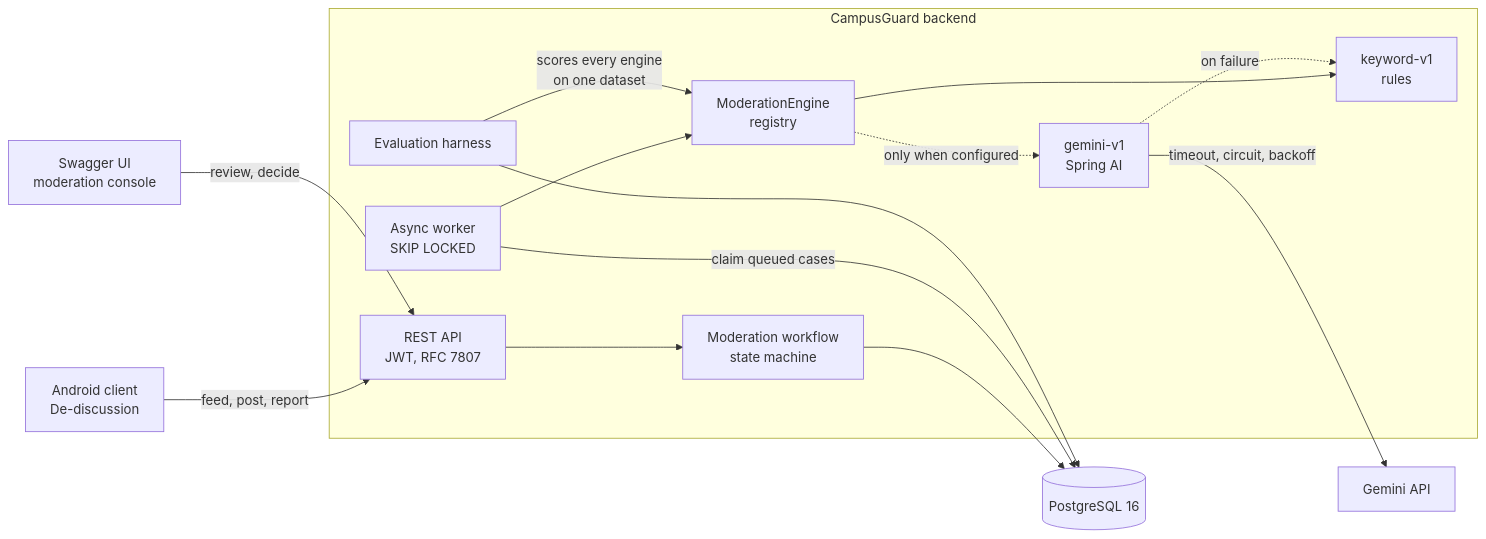
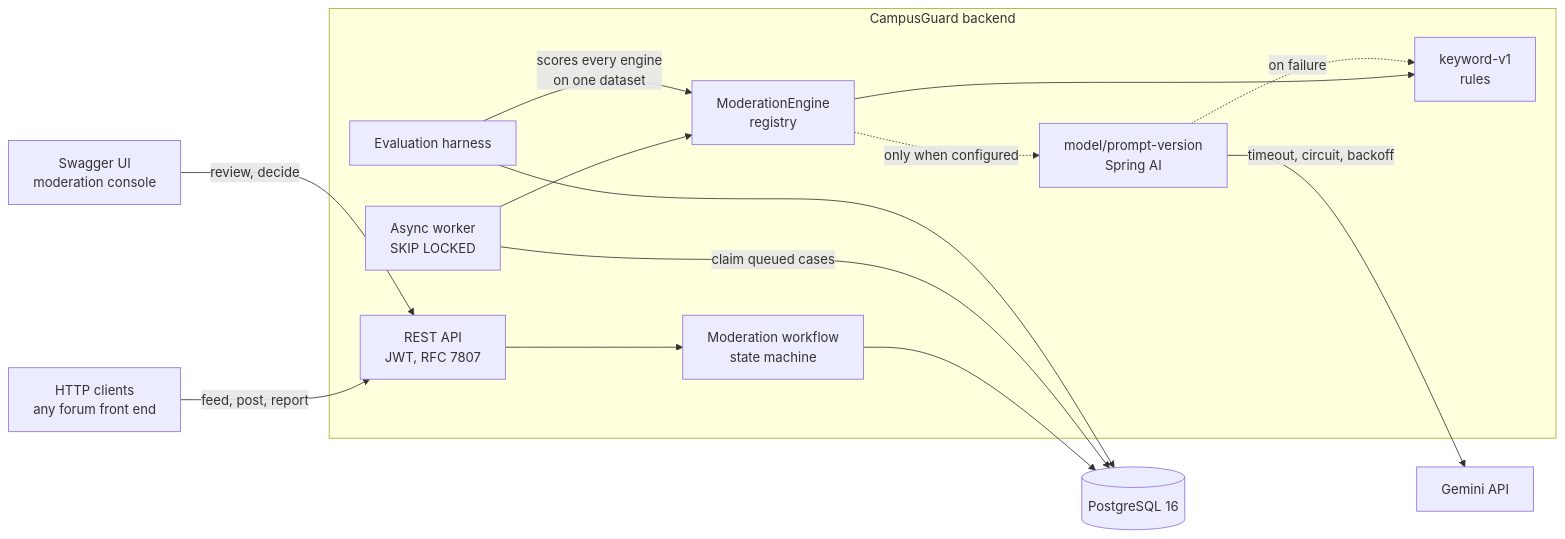
One commit to Mingjie-Mao/De-moderation-backend changed the first of 4 diagrams in docs/architecture.md. Above: the diagram before and after it, drawn with Mermaid. The commit also changed other lines of this file and 16 other files, not shown here.

First line of the commit message:
refactor: drop the Android client, and cover the stalled-case sweep

````diff
--- a/docs/architecture.md
+++ b/docs/architecture.md
@@ -5,31 +5,31 @@
 ```mermaid
 flowchart LR
-    android["Android client<br/>De-discussion"]
+    clients["HTTP clients<br/>any forum front end"]
     swagger["Swagger UI<br/>moderation console"]
 
     subgraph backend["CampusGuard backend"]
         api["REST API<br/>JWT, RFC 7807"]
         workflow["Moderation workflow<br/>state machine"]
         worker["Async worker<br/>SKIP LOCKED"]
         registry["ModerationEngine<br/>registry"]
         keyword["keyword-v1<br/>rules"]
-        gemini["gemini-v1<br/>Spring AI"]
+        gemini["model/prompt-version<br/>Spring AI"]
         eval["Evaluation harness"]
     end
 
     db[("PostgreSQL 16")]
     google["Gemini API"]
 
-    android -->|"feed, post, report"| api
+    clients -->|"feed, post, report"| api
     swagger -->|"review, decide"| api
     api --> workflow
     workflow --> db
     worker -->|"claim queued cases"| db
     worker --> registry
     registry --> keyword
     registry -.->|"only when configured"| gemini
     gemini -->|"timeout, circuit, backoff"| google
     gemini -.->|"on failure"| keyword
     eval -->|"scores every engine<br/>on one dataset"| registry
     eval --> db
 ```
````
